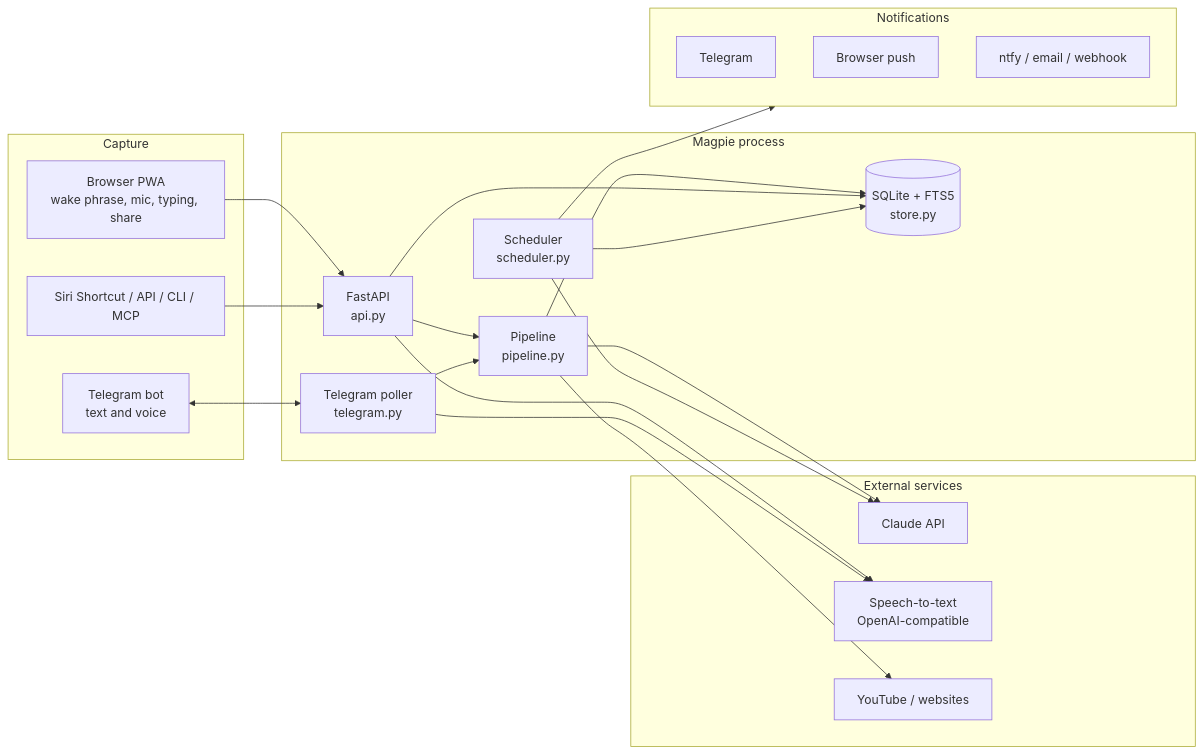
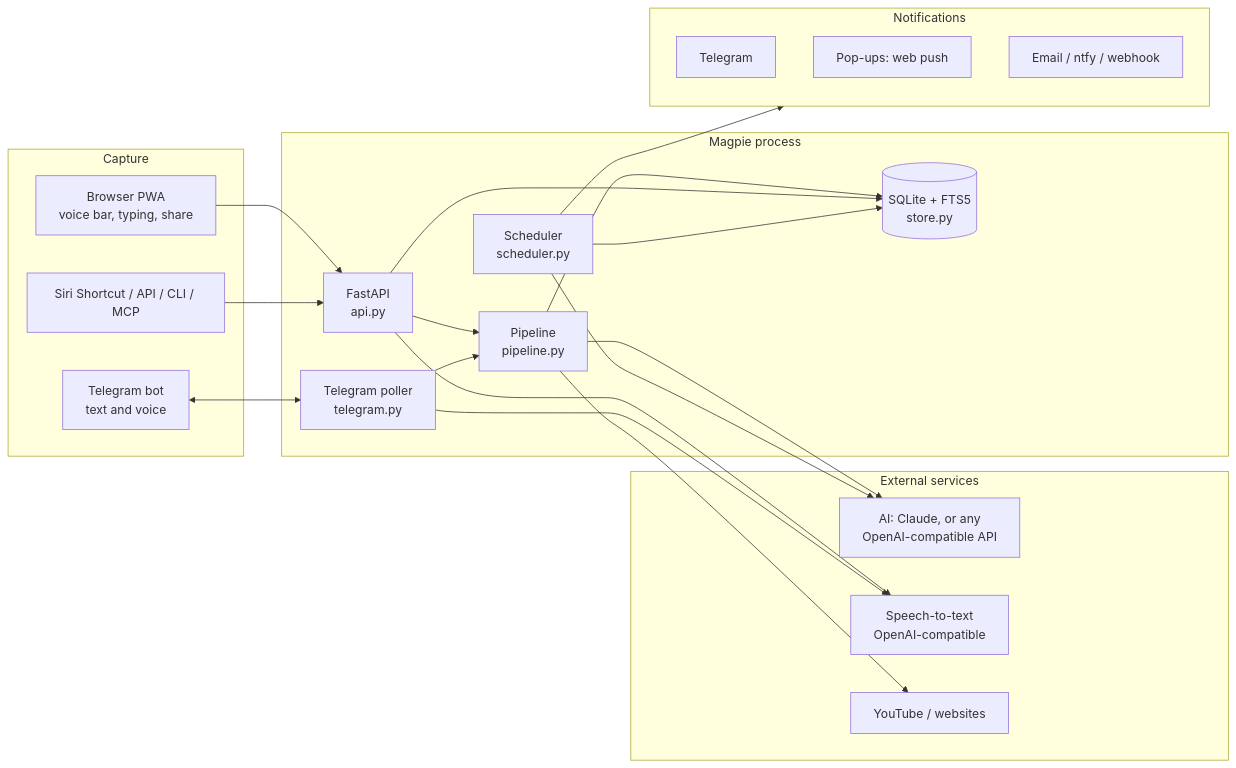
The first of 3 diagrams in docs/architecture.md (Coder-ux-coder/magpie), drawn with Mermaid before and after one commit. The commit also changed other lines of this file and 78 other files, not shown here.

````diff
--- a/docs/architecture.md
+++ b/docs/architecture.md
@@ -6,39 +7,39 @@
 ```mermaid
 flowchart LR
     subgraph Capture
-        B[Browser PWA<br/>wake phrase, mic, typing, share]
+        B[Browser PWA<br/>voice bar, typing, share]
         T[Telegram bot<br/>text and voice]
         S[Siri Shortcut / API / CLI / MCP]
     end
     subgraph Magpie[Magpie process]
         API[FastAPI<br/>api.py]
         P[Pipeline<br/>pipeline.py]
         SCH[Scheduler<br/>scheduler.py]
         BOT[Telegram poller<br/>telegram.py]
         DB[(SQLite + FTS5<br/>store.py)]
     end
     subgraph Outside[External services]
-        C[Claude API]
+        C[AI: Claude, or any<br/>OpenAI-compatible API]
         STT[Speech-to-text<br/>OpenAI-compatible]
         WEB[YouTube / websites]
     end
     subgraph Notify[Notifications]
         N1[Telegram]
-        N2[Browser push]
-        N3[ntfy / email / webhook]
+        N2[Pop-ups: web push]
+        N3[Email / ntfy / webhook]
     end
     B --> API
     S --> API
     T <--> BOT
     API --> P
     BOT --> P
     P --> C
     P --> WEB
     API --> STT
     BOT --> STT
     P --> DB
     API --> DB
     SCH --> DB
     SCH --> Notify
     SCH --> C
 ```
````
